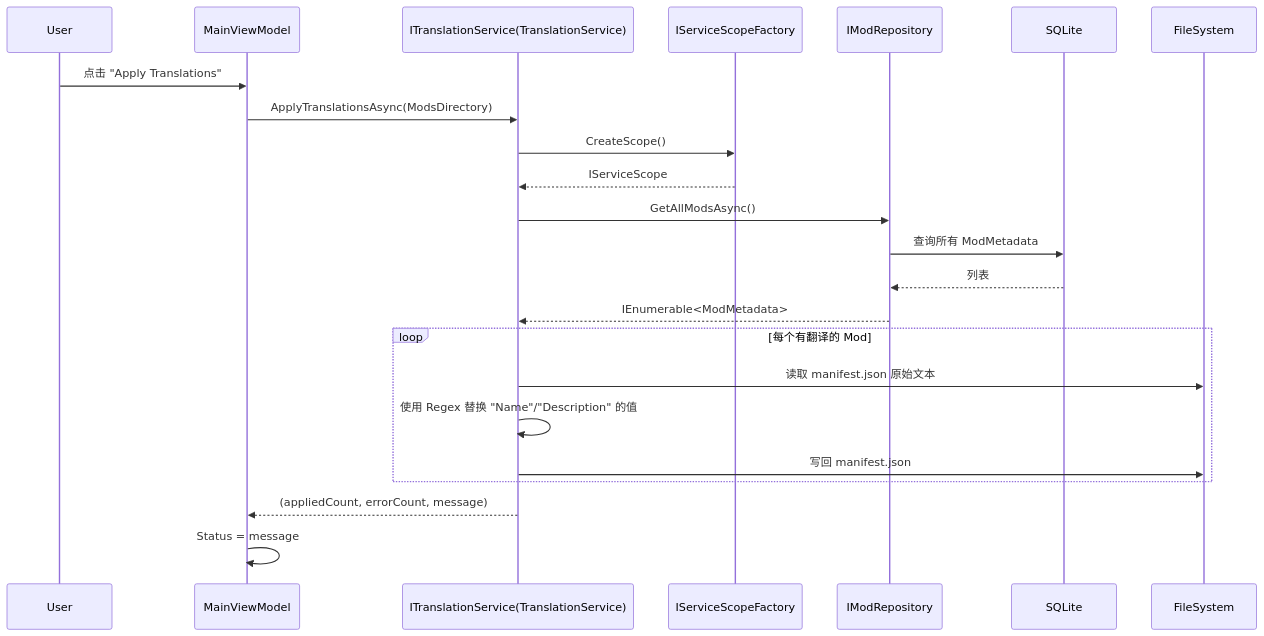
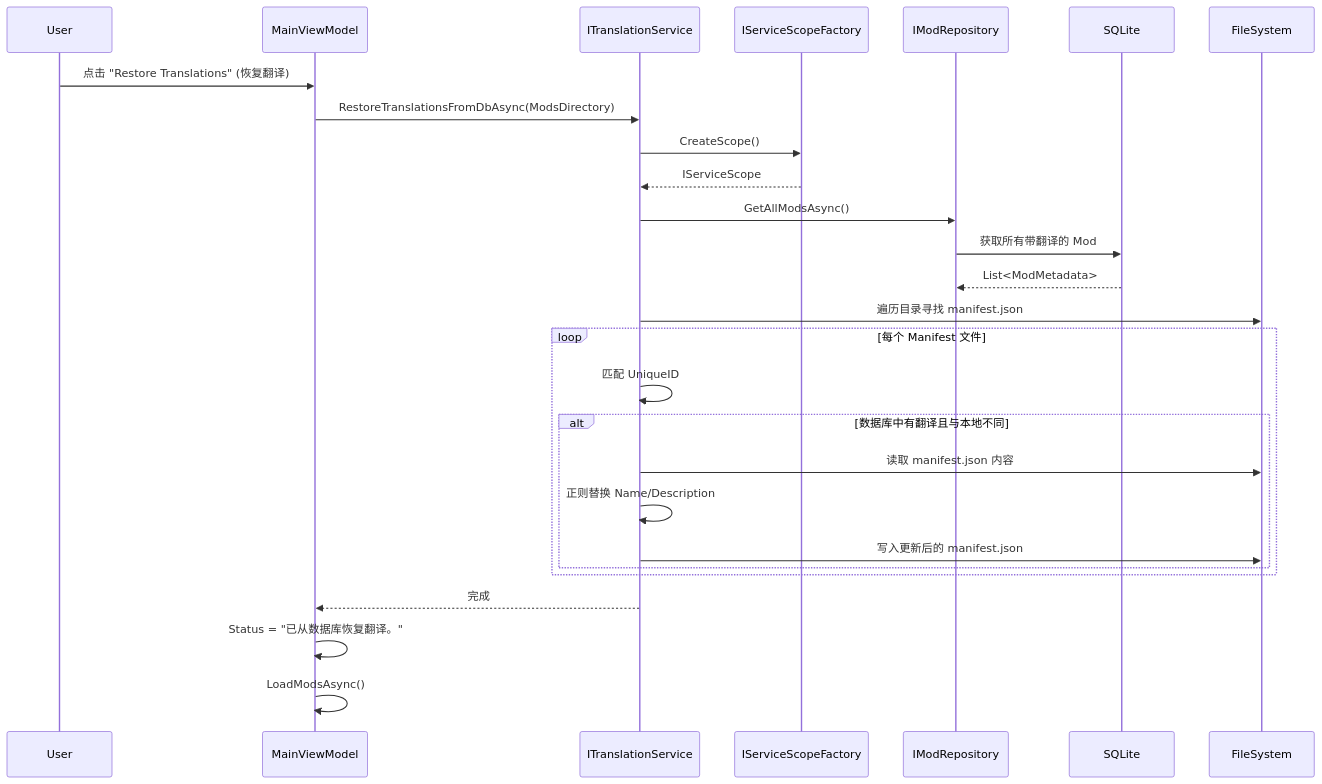
One commit to Sisyphean-a/SMTMS changed the ninth of 10 diagrams in docs/ARCHITECTURE.md. Above: the diagram before and after it, drawn with Mermaid. The commit also changed other lines of this file and 6 other files, not shown here.

````diff
--- a/docs/ARCHITECTURE.md
+++ b/docs/ARCHITECTURE.md
@@ -245,29 +251,33 @@
 ```mermaid
 sequenceDiagram
     participant U as User
     participant VM as MainViewModel
-    participant TS as ITranslationService(TranslationService)
+    participant TS as ITranslationService
     participant Scope as IServiceScopeFactory
     participant Repo as IModRepository
     participant DB as SQLite
     participant FS as FileSystem
 
-    U->>VM: 点击 "Apply Translations"
-    VM->>TS: ApplyTranslationsAsync(ModsDirectory)
+    U->>VM: 点击 "Restore Translations" (恢复翻译)
+    VM->>TS: RestoreTranslationsFromDbAsync(ModsDirectory)
 
     TS->>Scope: CreateScope()
     Scope-->>TS: IServiceScope
     TS->>Repo: GetAllModsAsync()
-    Repo->>DB: 查询所有 ModMetadata
-    DB-->>Repo: 列表
-    Repo-->>TS: IEnumerable<ModMetadata>
+    Repo->>DB: 获取所有带翻译的 Mod
+    DB-->>Repo: List<ModMetadata>
 
-    loop 每个有翻译的 Mod
-        TS->>FS: 读取 manifest.json 原始文本
-        TS->>TS: 使用 Regex 替换 "Name"/"Description" 的值
-        TS->>FS: 写回 manifest.json
+    TS->>FS: 遍历目录寻找 manifest.json
+    loop 每个 Manifest 文件
+        TS->>TS: 匹配 UniqueID
+        alt 数据库中有翻译且与本地不同
+            TS->>FS: 读取 manifest.json 内容
+            TS->>TS: 正则替换 Name/Description
+            TS->>FS: 写入更新后的 manifest.json
+        end
     end
 
-    TS-->>VM: (appliedCount, errorCount, message)
-    VM->>VM: Status = message
+    TS-->>VM: 完成
+    VM->>VM: Status = "已从数据库恢复翻译。"
+    VM->>VM: LoadModsAsync()
 ```
````
